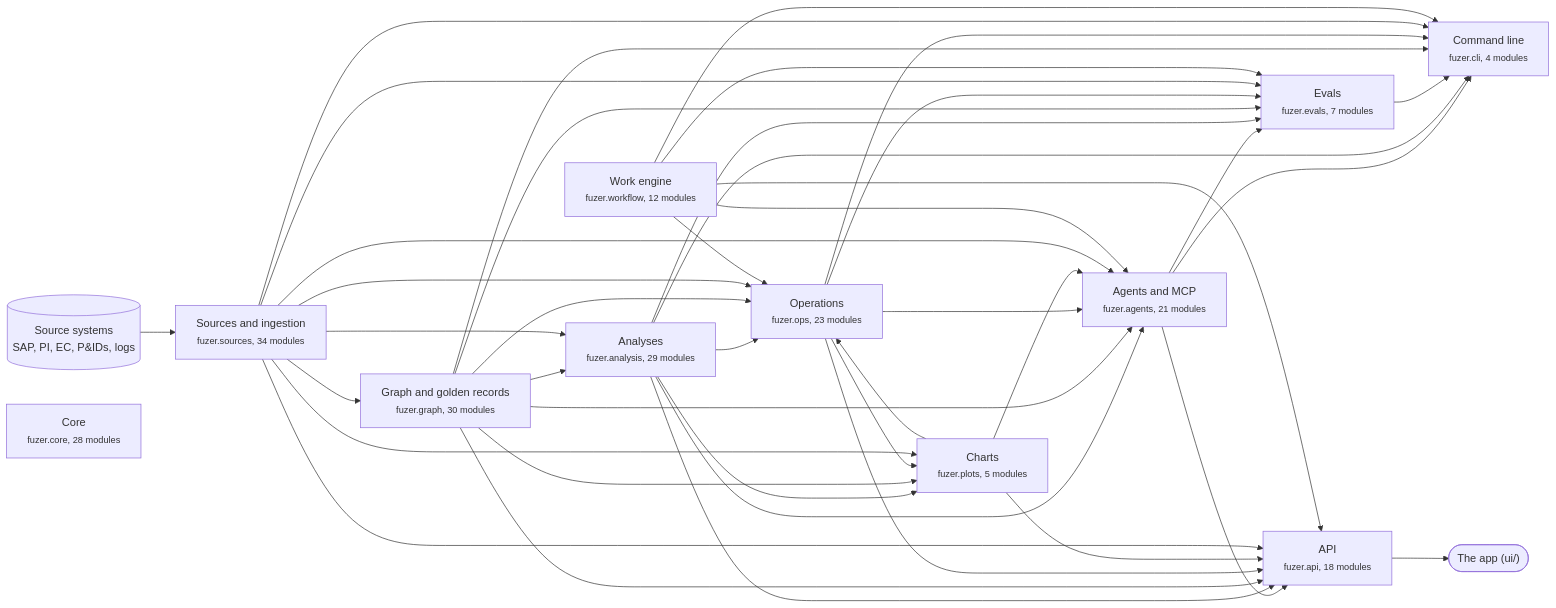
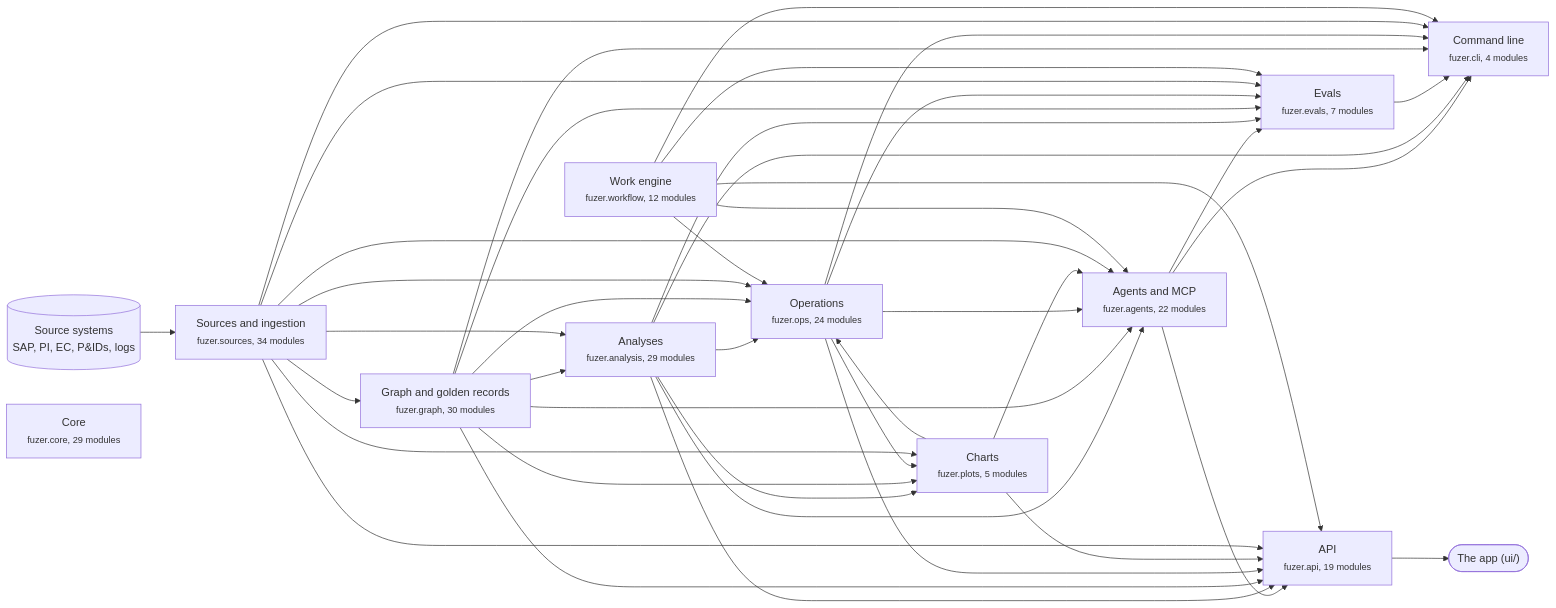
One commit to areed145/fuzer changed the first of 3 diagrams in docs/architecture.md. Above: the diagram before and after it, drawn with Mermaid. The commit also changed other lines of this file and 11 other files, not shown here.

First line of the commit message:
Metric registry: each KPI declared once, read the same by the API, agents and the docs (P7.1a)

````diff
--- a/docs/architecture.md
+++ b/docs/architecture.md
@@ -8,66 +8,66 @@
 ```mermaid
 flowchart LR
   systems[("Source systems<br>SAP, PI, EC, P&IDs, logs")] --> c_sources
   app(["The app (ui/)"])
   c_api --> app
   c_sources["Sources and ingestion<br><small>fuzer.sources, 34 modules</small>"]
   c_graph["Graph and golden records<br><small>fuzer.graph, 30 modules</small>"]
   c_analysis["Analyses<br><small>fuzer.analysis, 29 modules</small>"]
-  c_ops["Operations<br><small>fuzer.ops, 23 modules</small>"]
+  c_ops["Operations<br><small>fuzer.ops, 24 modules</small>"]
   c_plots["Charts<br><small>fuzer.plots, 5 modules</small>"]
   c_workflow["Work engine<br><small>fuzer.workflow, 12 modules</small>"]
-  c_agents["Agents and MCP<br><small>fuzer.agents, 21 modules</small>"]
+  c_agents["Agents and MCP<br><small>fuzer.agents, 22 modules</small>"]
   c_evals["Evals<br><small>fuzer.evals, 7 modules</small>"]
-  c_api["API<br><small>fuzer.api, 18 modules</small>"]
+  c_api["API<br><small>fuzer.api, 19 modules</small>"]
   c_cli["Command line<br><small>fuzer.cli, 4 modules</small>"]
-  c_core["Core<br><small>fuzer.core, 28 modules</small>"]
+  c_core["Core<br><small>fuzer.core, 29 modules</small>"]
   c_sources --> c_graph
   c_graph --> c_analysis
   c_sources --> c_analysis
   c_analysis --> c_ops
   c_graph --> c_ops
   c_plots --> c_ops
   c_sources --> c_ops
   c_workflow --> c_ops
   c_analysis --> c_plots
   c_graph --> c_plots
   c_ops --> c_plots
   c_sources --> c_plots
   c_analysis --> c_agents
   c_graph --> c_agents
   c_ops --> c_agents
   c_plots --> c_agents
   c_sources --> c_agents
   c_workflow --> c_agents
   c_agents --> c_evals
   c_analysis --> c_evals
   c_graph --> c_evals
   c_ops --> c_evals
   c_sources --> c_evals
   c_workflow --> c_evals
   c_agents --> c_api
   c_analysis --> c_api
   c_graph --> c_api
   c_ops --> c_api
   c_plots --> c_api
   c_sources --> c_api
   c_workflow --> c_api
   c_agents --> c_cli
   c_analysis --> c_cli
   c_evals --> c_cli
   c_graph --> c_cli
   c_ops --> c_cli
   c_sources --> c_cli
   c_workflow --> c_cli
   click c_sources "https://github.com/areed145/fuzer/tree/main/src/fuzer/sources"
   click c_graph "https://github.com/areed145/fuzer/tree/main/src/fuzer/graph"
   click c_analysis "https://github.com/areed145/fuzer/tree/main/src/fuzer/analysis"
   click c_ops "https://github.com/areed145/fuzer/tree/main/src/fuzer/ops"
   click c_plots "https://github.com/areed145/fuzer/tree/main/src/fuzer/plots"
   click c_workflow "https://github.com/areed145/fuzer/tree/main/src/fuzer/workflow"
   click c_agents "https://github.com/areed145/fuzer/tree/main/src/fuzer/agents"
   click c_evals "https://github.com/areed145/fuzer/tree/main/src/fuzer/evals"
   click c_api "https://github.com/areed145/fuzer/tree/main/src/fuzer/api"
   click c_cli "https://github.com/areed145/fuzer/tree/main/src/fuzer/cli"
   click c_core "https://github.com/areed145/fuzer/tree/main/src/fuzer/core"
 ```
````
